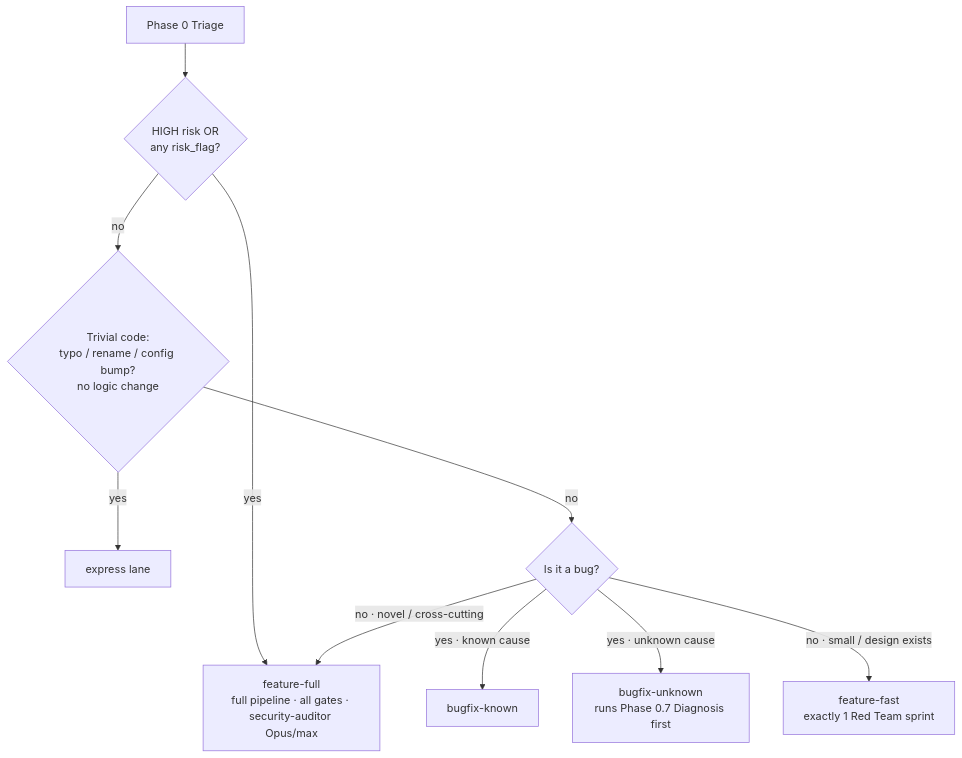
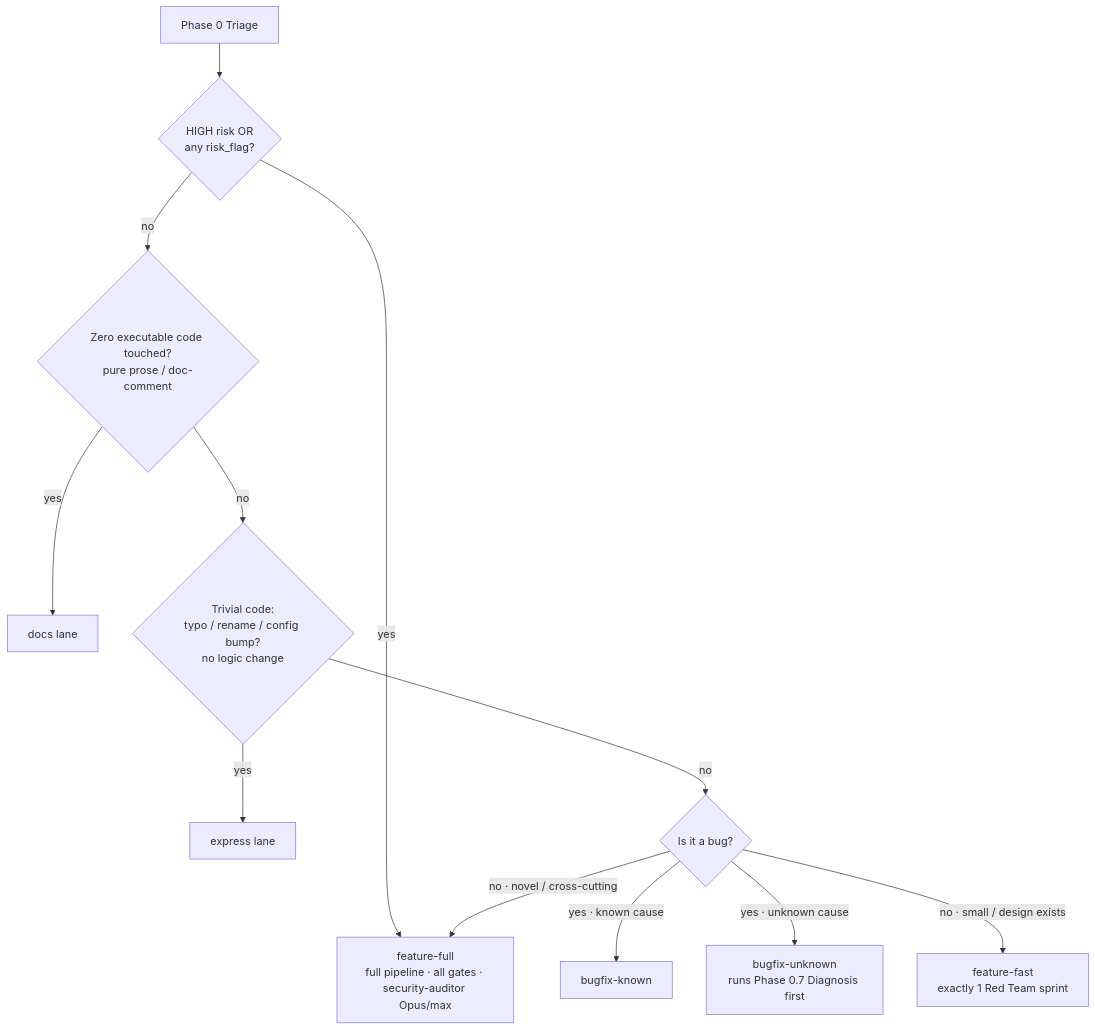
Before and after one commit to RahulSunnyCS/skills: the second of 5 diagrams in docs/workflows/README.md, drawn with Mermaid. The commit also changed other lines of this file and 7 other files, not shown here.

````diff
--- a/docs/workflows/README.md
+++ b/docs/workflows/README.md
@@ -52,12 +53,14 @@
 ```mermaid
 flowchart TD
     T[Phase 0 Triage] --> RF{HIGH risk OR<br/>any risk_flag?}
     RF -->|yes| FF[feature-full<br/>full pipeline · all gates · security-auditor Opus/max]
-    RF -->|no| K2{Trivial code:<br/>typo / rename / config bump?<br/>no logic change}
+    RF -->|no| K1{Zero executable code touched?<br/>pure prose / doc-comment}
+    K1 -->|yes| DOC[docs lane]
+    K1 -->|no| K2{Trivial code:<br/>typo / rename / config bump?<br/>no logic change}
     K2 -->|yes| EXP[express lane]
     K2 -->|no| K3{Is it a bug?}
     K3 -->|"yes · known cause"| BK[bugfix-known]
     K3 -->|"yes · unknown cause"| BU[bugfix-unknown<br/>runs Phase 0.7 Diagnosis first]
     K3 -->|"no · small / design exists"| FFA[feature-fast<br/>exactly 1 Red Team sprint]
     K3 -->|"no · novel / cross-cutting"| FF
 ```
````
